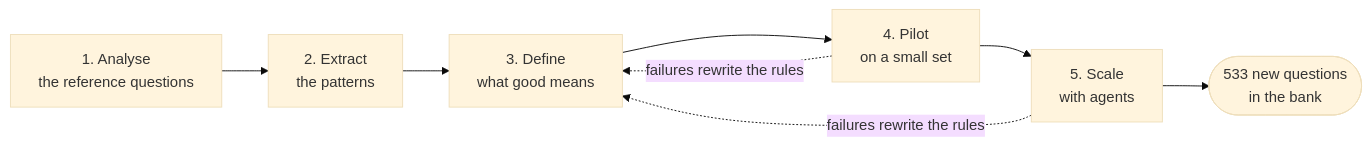
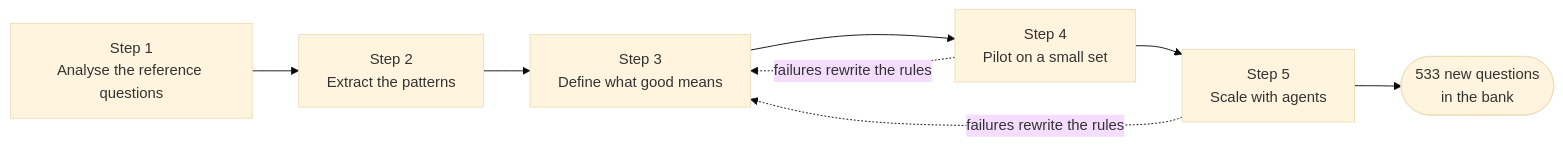
One commit to gibranmkyn/margins-mental-math changed the first of 3 diagrams in README.md. Above: the diagram before and after it, drawn with Mermaid (base theme).

Commit message:
README: diagram labels

````diff
--- a/README.md
+++ b/README.md
@@ -17,10 +17,10 @@
 ```mermaid
 flowchart LR
-    A["1. Analyse<br/>the reference questions"] --> B["2. Extract<br/>the patterns"]
-    B --> C["3. Define<br/>what good means"]
-    C --> D["4. Pilot<br/>on a small set"]
-    D --> E["5. Scale<br/>with agents"]
+    A["Step 1<br/>Analyse the reference questions"] --> B["Step 2<br/>Extract the patterns"]
+    B --> C["Step 3<br/>Define what good means"]
+    C --> D["Step 4<br/>Pilot on a small set"]
+    D --> E["Step 5<br/>Scale with agents"]
     E --> F(["533 new questions<br/>in the bank"])
     D -.->|"failures rewrite the rules"| C
     E -.->|"failures rewrite the rules"| C
 ```
````
